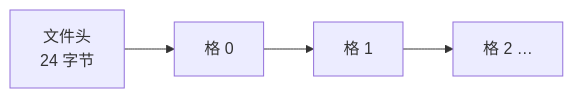
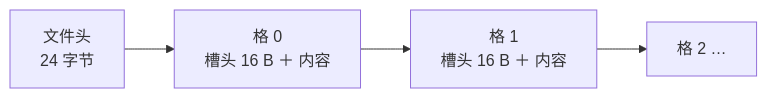
The first of 3 diagrams in docs/architecture/py_core/storage/pack-format.md (HanYang06/Cairn), drawn with Mermaid before and after one commit. The commit also changed other lines of this file and 20 other files, not shown here.

````diff
--- a/docs/architecture/py_core/storage/pack-format.md
+++ b/docs/architecture/py_core/storage/pack-format.md
@@ -13,4 +19,4 @@
 ```mermaid
 flowchart LR
-  H["文件头<br/>24 字节"] --> S0["格 0"] --> S1["格 1"] --> S2["格 2 …"]
+  H["文件头<br/>24 字节"] --> S0["格 0<br/>槽头 16 B ＋ 内容"] --> S1["格 1<br/>槽头 16 B ＋ 内容"] --> S2["格 2 …"]
 ```
````
